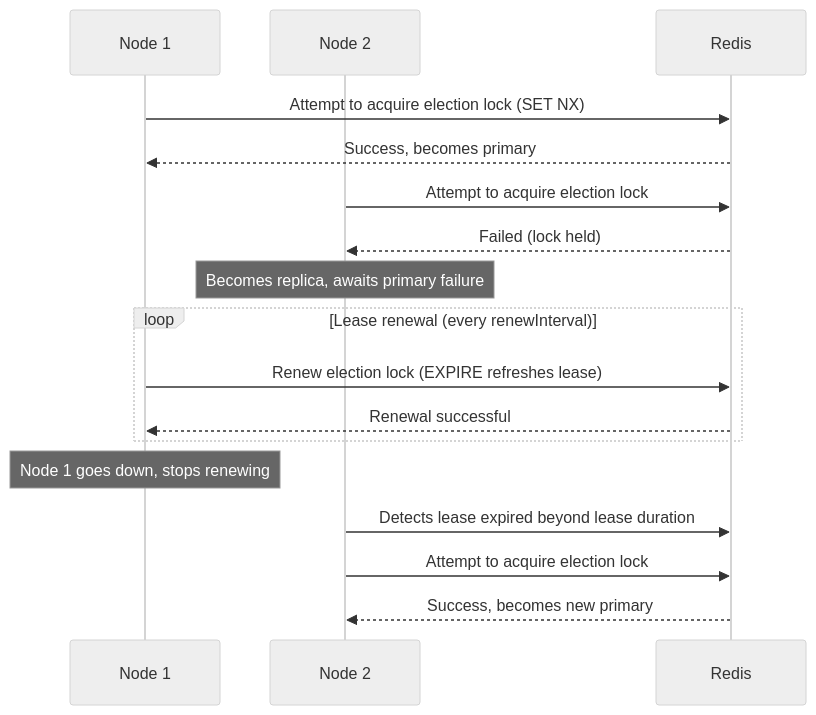
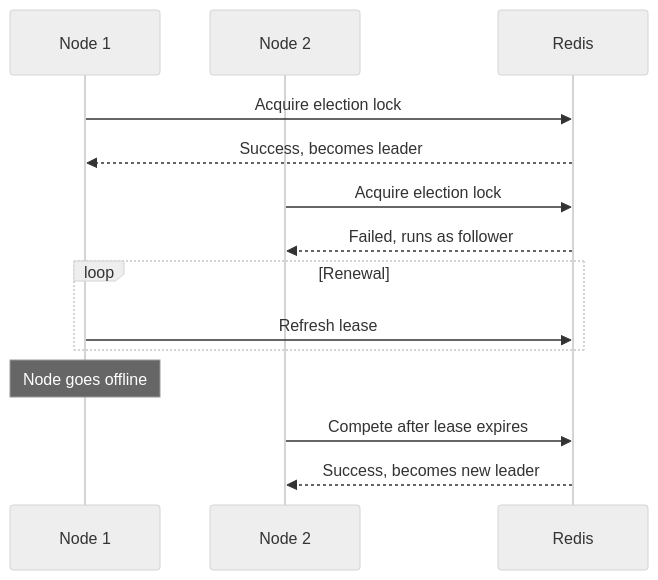
Before and after one commit to linaproai/linapro-site: the second of 4 diagrams in apps/lina-site/i18n/en/docusaurus-plugin-content-docs/current/docs/2000-components/9000-distributed-architecture.md, drawn with Mermaid (neutral theme). The commit also changed other lines of this file and 6 other files, not shown here.

````diff
--- a/apps/lina-site/i18n/en/docusaurus-plugin-content-docs/current/docs/2000-components/9000-distributed-architecture.md
+++ b/apps/lina-site/i18n/en/docusaurus-plugin-content-docs/current/docs/2000-components/9000-distributed-architecture.md
@@ -99,23 +97,17 @@
 ```mermaid
 sequenceDiagram
     participant N1 as Node 1
     participant N2 as Node 2
     participant R as Redis
 
-    N1->>R: Attempt to acquire election lock (SET NX)
-    R-->>N1: Success, becomes primary
-    N2->>R: Attempt to acquire election lock
-    R-->>N2: Failed (lock held)
-    Note over N2: Becomes replica, awaits primary failure
-
-    loop Lease renewal (every renewInterval)
-        N1->>R: Renew election lock (EXPIRE refreshes lease)
-        R-->>N1: Renewal successful
+    N1->>R: Acquire election lock
+    R-->>N1: Success, becomes leader
+    N2->>R: Acquire election lock
+    R-->>N2: Failed, runs as follower
+    loop Renewal
+        N1->>R: Refresh lease
     end
-
-    Note over N1: Node 1 goes down, stops renewing
-
-    N2->>R: Detects lease expired beyond lease duration
-    N2->>R: Attempt to acquire election lock
-    R-->>N2: Success, becomes new primary
+    Note over N1: Node goes offline
+    N2->>R: Compete after lease expires
+    R-->>N2: Success, becomes new leader
 ```
````
